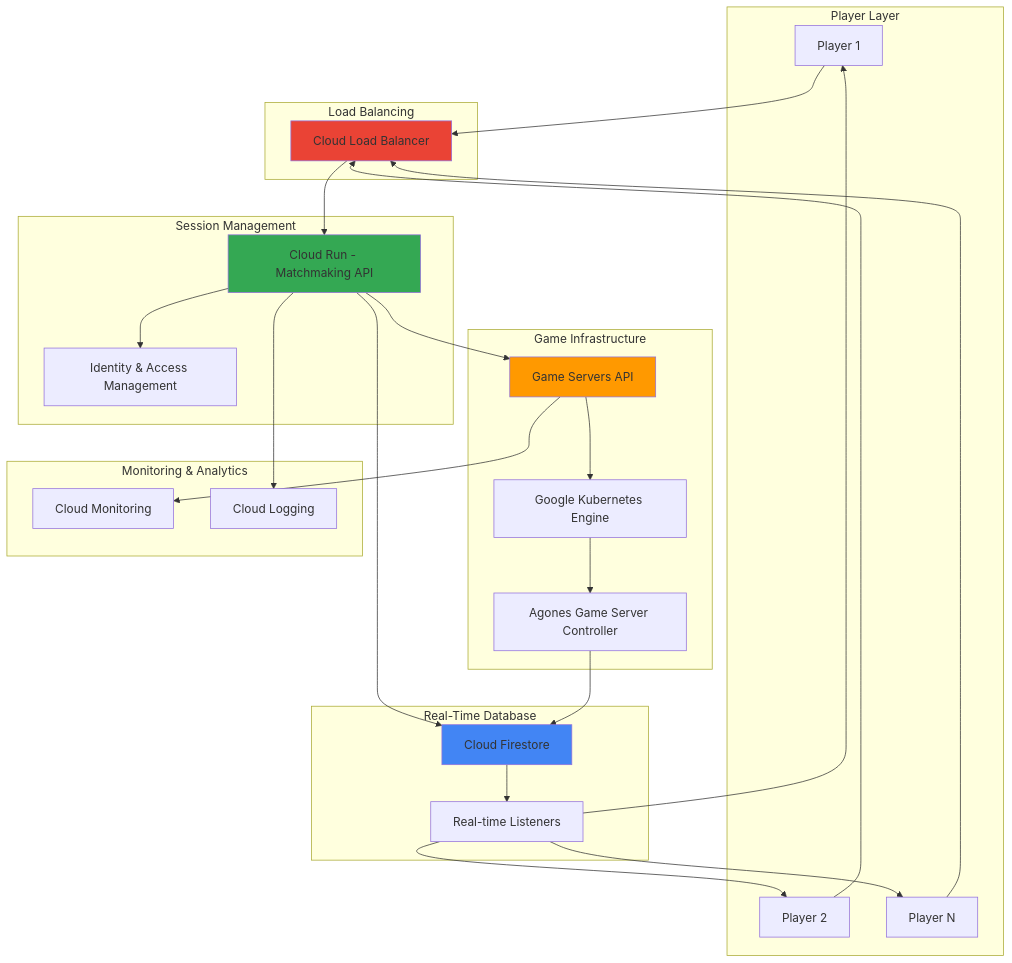
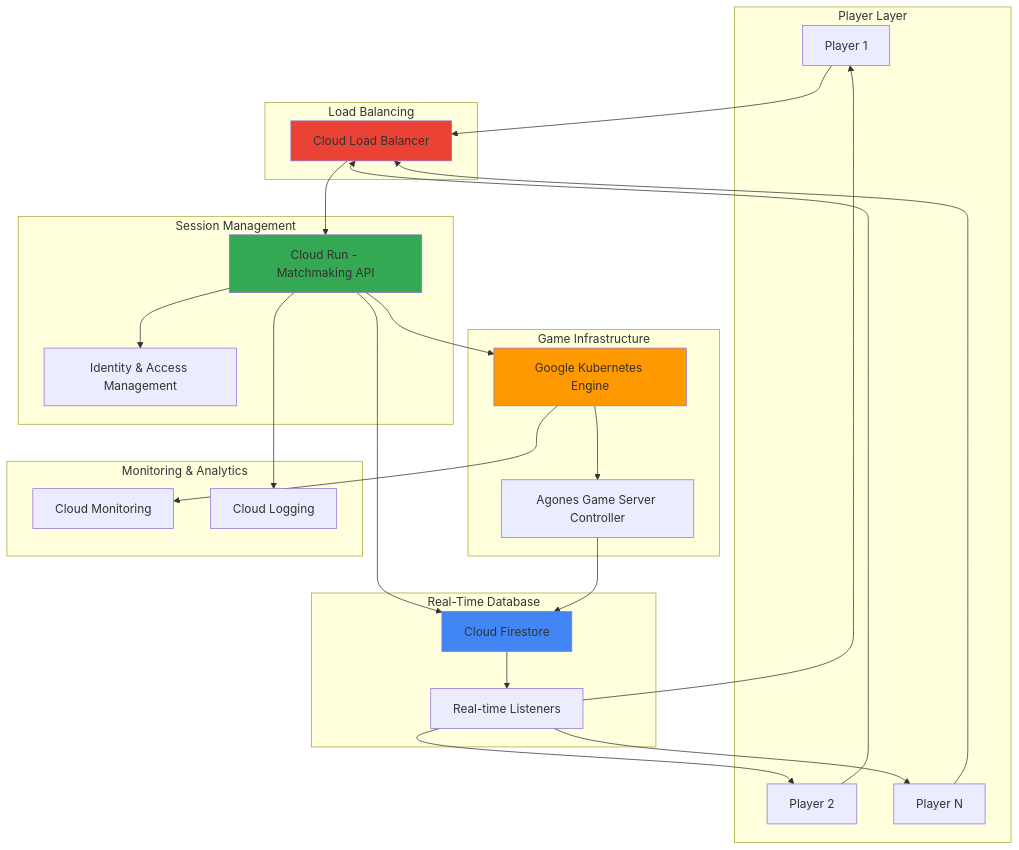
One commit to mzazon/awesome-cloud-projects changed the diagram in gcp/real-time-multiplayer-gaming-infrastructure-game-servers-firestore/real-time-multiplayer-gaming-infrastructure-game-servers-firestore.md. Above: the diagram before and after it, drawn with Mermaid. The commit also changed other lines of this file and 5581 other files, not shown here.

````diff
--- a/gcp/real-time-multiplayer-gaming-infrastructure-game-servers-firestore/real-time-multiplayer-gaming-infrastructure-game-servers-firestore.md
+++ b/gcp/real-time-multiplayer-gaming-infrastructure-game-servers-firestore/real-time-multiplayer-gaming-infrastructure-game-servers-firestore.md
@@ -30,56 +30,54 @@
 ```mermaid
 graph TB
     subgraph "Player Layer"
         P1[Player 1]
         P2[Player 2]
         P3[Player N]
     end
     
     subgraph "Load Balancing"
         LB[Cloud Load Balancer]
     end
     
     subgraph "Session Management"
         CR[Cloud Run - Matchmaking API]
         AUTH[Identity & Access Management]
     end
     
     subgraph "Game Infrastructure"
-        GS[Game Servers API]
         GKE[Google Kubernetes Engine]
         AGO[Agones Game Server Controller]
     end
     
     subgraph "Real-Time Database"
         CF[Cloud Firestore]
         RT[Real-time Listeners]
     end
     
     subgraph "Monitoring & Analytics"
         CM[Cloud Monitoring]
         CL[Cloud Logging]
     end
     
     P1 --> LB
     P2 --> LB
     P3 --> LB
     LB --> CR
     CR --> AUTH
-    CR --> GS
+    CR --> GKE
     CR --> CF
-    GS --> GKE
     GKE --> AGO
     AGO --> CF
     CF --> RT
     RT --> P1
     RT --> P2
     RT --> P3
     
-    GS --> CM
+    GKE --> CM
     CR --> CL
     
-    style GS fill:#FF9900
+    style GKE fill:#FF9900
     style CF fill:#4285F4
     style CR fill:#34A853
     style LB fill:#EA4335
 ```
````
